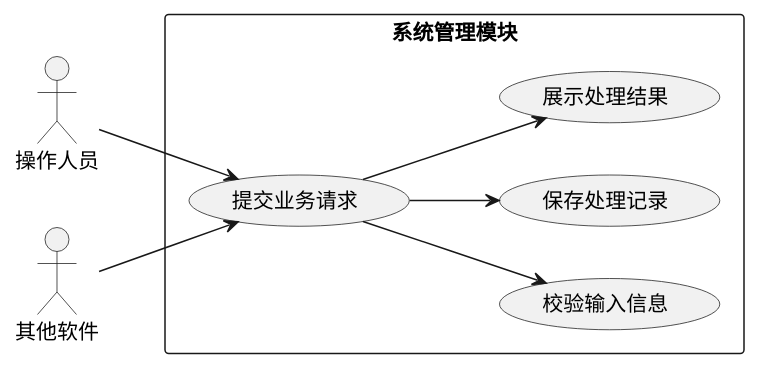
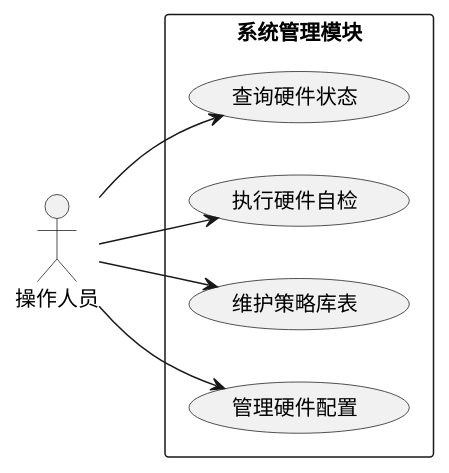
The second of 2 diagrams in 系统建设方案提示词/03-功能模块详细设计/03.5-系统管理模块.md (cppshooter/cursor), drawn with PlantUML before and after one commit. The commit also changed other lines of this file and 4 other files, not shown here.

````diff
--- a/系统建设方案提示词/03-功能模块详细设计/03.5-系统管理模块.md
+++ b/系统建设方案提示词/03-功能模块详细设计/03.5-系统管理模块.md
@@ -105,18 +105,16 @@
 ```plantuml
 @startuml
 left to right direction
 actor 操作人员
-actor "其他软件" as External
 rectangle "系统管理模块" {
-  usecase "提交业务请求" as UC1
-  usecase "校验输入信息" as UC2
-  usecase "保存处理记录" as UC3
-  usecase "展示处理结果" as UC4
+  usecase "查询硬件状态" as UC1
+  usecase "执行硬件自检" as UC2
+  usecase "维护策略库表" as UC3
+  usecase "管理硬件配置" as UC4
 }
 操作人员 --> UC1
-External --> UC1
-UC1 --> UC2
-UC1 --> UC3
-UC1 --> UC4
+操作人员 --> UC2
+操作人员 --> UC3
+操作人员 --> UC4
 @enduml
 ```
````
